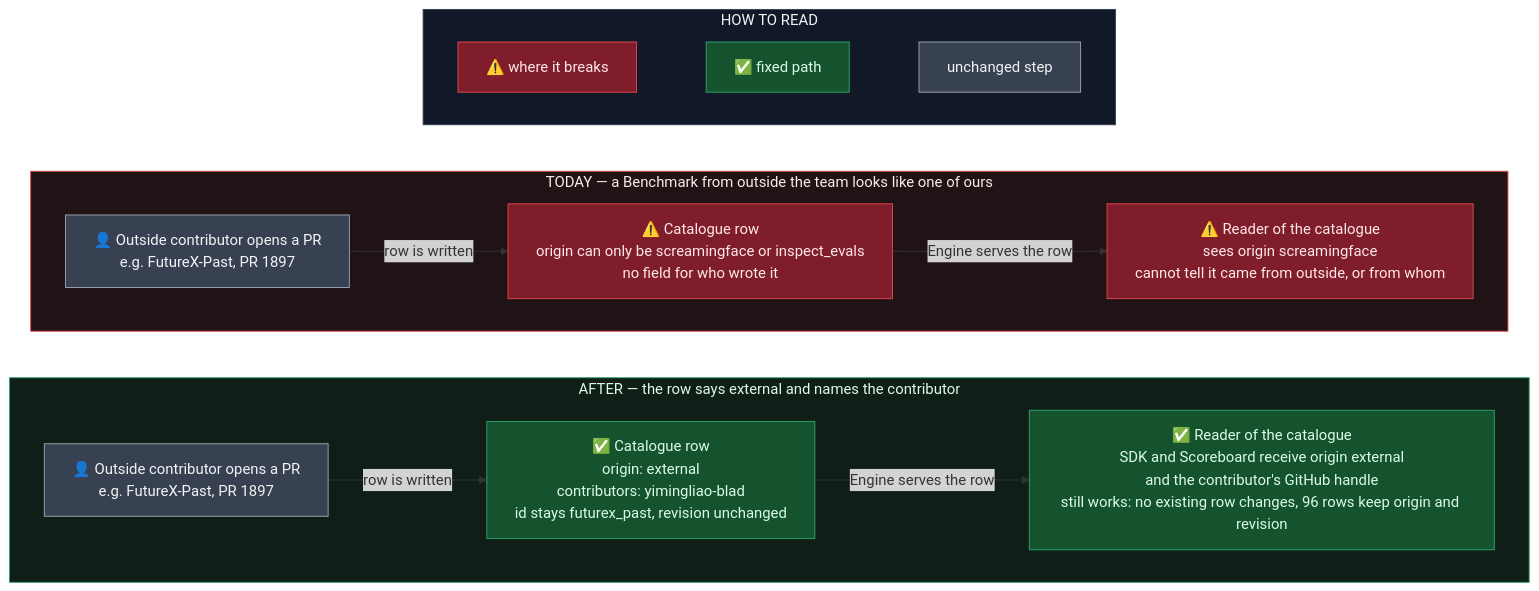
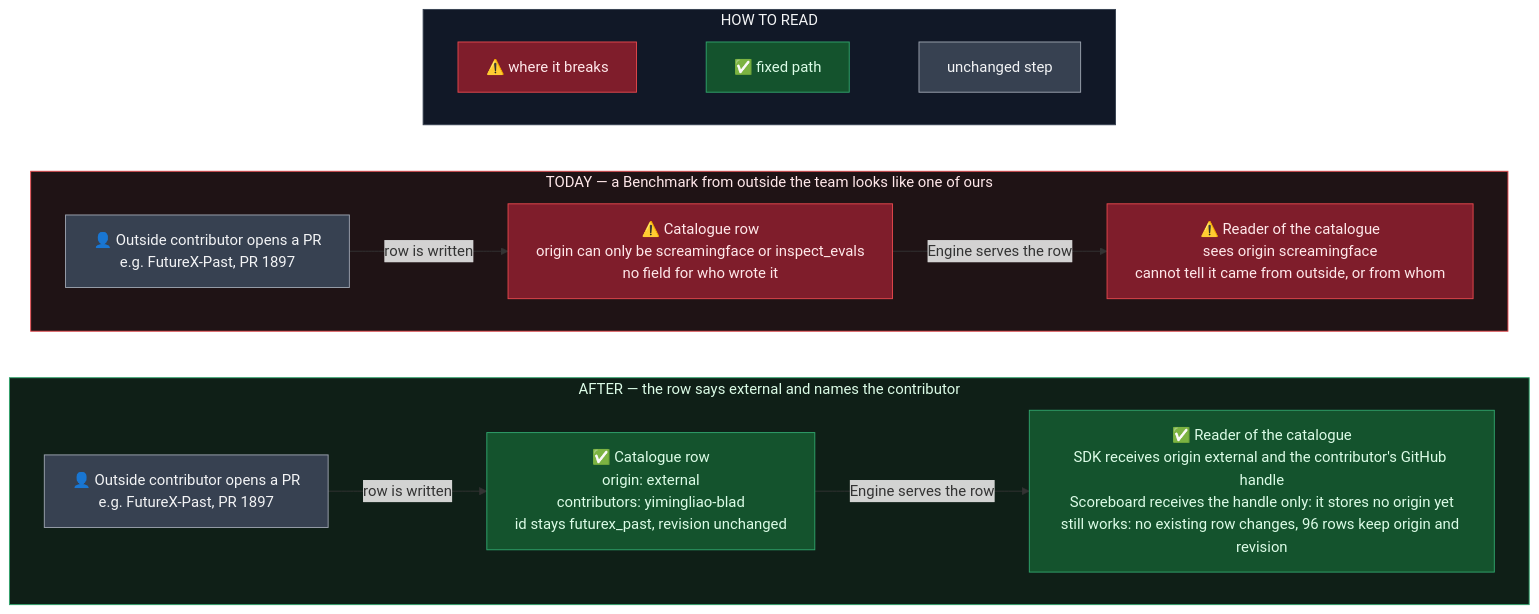
Before and after one commit to ScreamingFace/screamingface: the diagram in docs/spec/2026-11-18-external-benchmark-origin.md, drawn with Mermaid. The commit also changed other lines of this file and 5 other files, not shown here.

First line of the commit message:
fix(screamingface-engine): teach the fidelity checker the external origin

````diff
--- a/docs/spec/2026-11-18-external-benchmark-origin.md
+++ b/docs/spec/2026-11-18-external-benchmark-origin.md
@@ -16,33 +16,33 @@
 ```mermaid
 %%{init: {"flowchart": {"wrappingWidth": 440}}}%%
 flowchart TB
   subgraph KEY["HOW TO READ"]
     direction LR
     k1["⚠️ where it breaks"]:::bad
     k2["✅ fixed path"]:::good
     k3["unchanged step"]:::plain
     k1 ~~~ k2 ~~~ k3
   end
   subgraph TODAY["TODAY — a Benchmark from outside the team looks like one of ours"]
     direction LR
     a1["👤 Outside contributor opens a PR<br/>e.g. FutureX-Past, PR 1897"]:::plain
     a2["⚠️ Catalogue row<br/>origin can only be screamingface or inspect_evals<br/>no field for who wrote it"]:::bad
     a3["⚠️ Reader of the catalogue<br/>sees origin screamingface<br/>cannot tell it came from outside, or from whom"]:::bad
     a1 -->|"row is written"| a2 -->|"Engine serves the row"| a3
   end
   subgraph AFTER["AFTER — the row says external and names the contributor"]
     direction LR
     b1["👤 Outside contributor opens a PR<br/>e.g. FutureX-Past, PR 1897"]:::plain
     b2["✅ Catalogue row<br/>origin: external<br/>contributors: yimingliao-blad<br/>id stays futurex_past, revision unchanged"]:::good
-    b3["✅ Reader of the catalogue<br/>SDK and Scoreboard receive origin external<br/>and the contributor's GitHub handle<br/>still works: no existing row changes, 96 rows keep origin and revision"]:::good
+    b3["✅ Reader of the catalogue<br/>SDK receives origin external and the contributor's GitHub handle<br/>Scoreboard receives the handle only: it stores no origin yet<br/>still works: no existing row changes, 96 rows keep origin and revision"]:::good
     b1 -->|"row is written"| b2 -->|"Engine serves the row"| b3
   end
   KEY ~~~ TODAY
   TODAY ~~~ AFTER
   classDef bad   fill:#7f1d2b,stroke:#e5484d,color:#ffe8ea
   classDef good  fill:#14532d,stroke:#30a46c,color:#dcfce7
   classDef plain fill:#374151,stroke:#9ca3af,color:#f3f4f6
   style KEY fill:#111827,stroke:#374151,color:#f3f4f6
   style TODAY fill:#1f1315,stroke:#e5484d,color:#ffe8ea
   style AFTER fill:#0f1f17,stroke:#30a46c,color:#dcfce7
 ```
````
